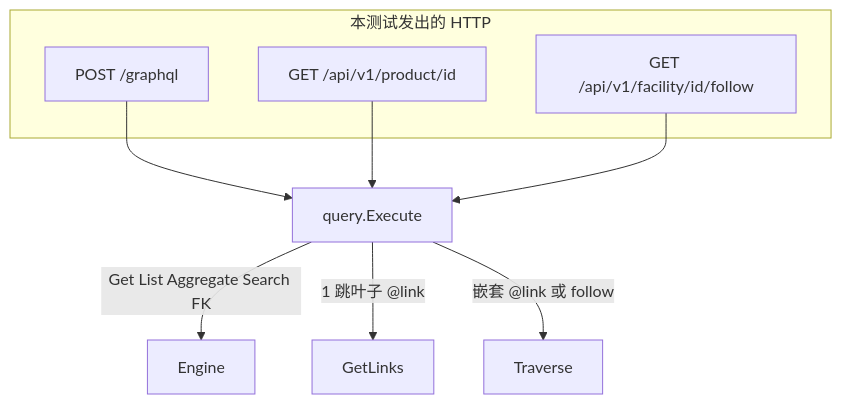
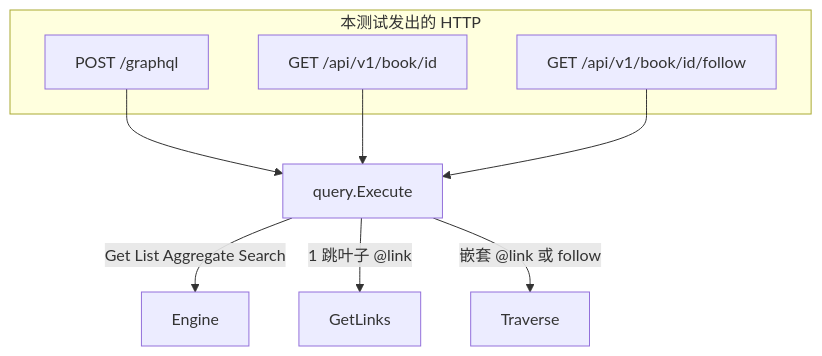
One commit to cometwk/open-foundry-go changed the second of 2 diagrams in runtime/e2e/graphql_rest_test.md. Above: the diagram before and after it, drawn with Mermaid. The commit also changed other lines of this file and 6 other files, not shown here.

````diff
--- a/runtime/e2e/graphql_rest_test.md
+++ b/runtime/e2e/graphql_rest_test.md
@@ -259,14 +244,14 @@
 ```mermaid
 flowchart TB
     subgraph http [本测试发出的 HTTP]
       GQL[POST /graphql]
-      GET[GET /api/v1/product/id]
-      FOL[GET /api/v1/facility/id/follow]
+      GET[GET /api/v1/book/id]
+      FOL[GET /api/v1/book/id/follow]
     end
     GQL --> QIR[query.Execute]
     GET --> QIR
     FOL --> QIR
-    QIR -->|Get List Aggregate Search FK| ENG[Engine]
+    QIR -->|Get List Aggregate Search| ENG[Engine]
     QIR -->|1 跳叶子 @link| GL[GetLinks]
     QIR -->|嵌套 @link 或 follow| TR[Traverse]
 ```
````
